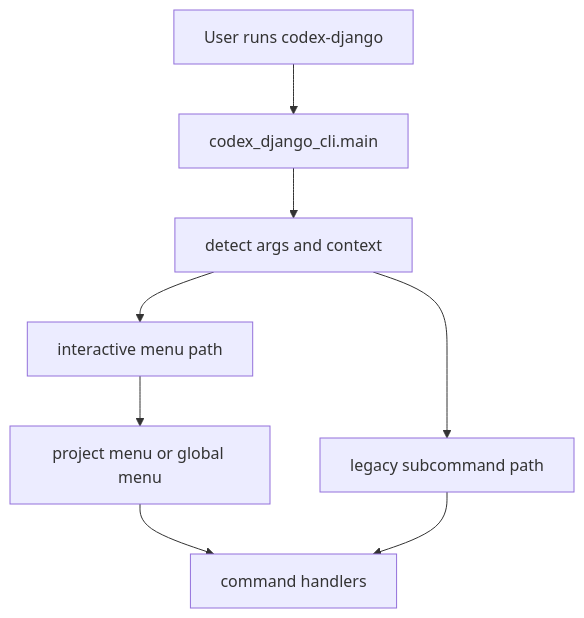
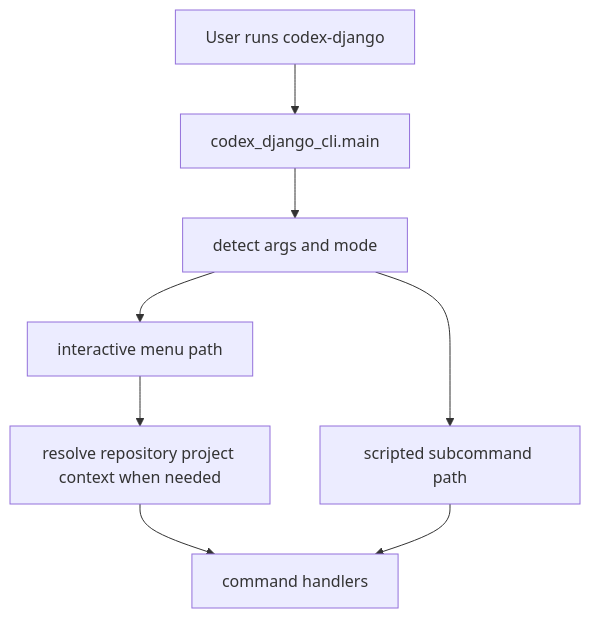
One commit to CodexDLC/codex-django-cli changed the diagram in docs/en/architecture/cli/entrypoints.md. Above: the diagram before and after it, drawn with Mermaid. The commit also changed other lines of this file and 18 other files, not shown here.

````diff
--- a/docs/en/architecture/cli/entrypoints.md
+++ b/docs/en/architecture/cli/entrypoints.md
@@ -105,10 +104,10 @@
 ```mermaid
 flowchart TD
     A["User runs codex-django"] --> B["codex_django_cli.main"]
-    B --> C["detect args and context"]
+    B --> C["detect args and mode"]
     C --> D["interactive menu path"]
-    C --> E["legacy subcommand path"]
-    D --> F["project menu or global menu"]
+    C --> E["scripted subcommand path"]
+    D --> F["resolve repository project context when needed"]
     F --> G["command handlers"]
     E --> G
 ```
````
